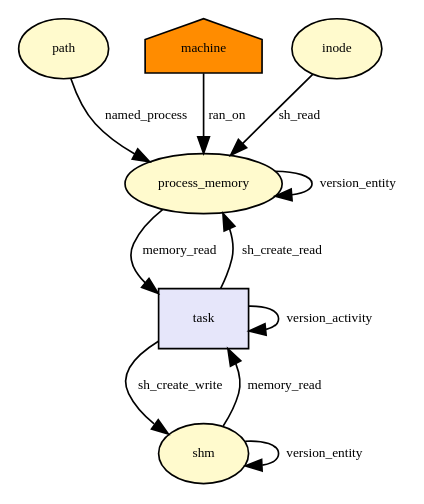
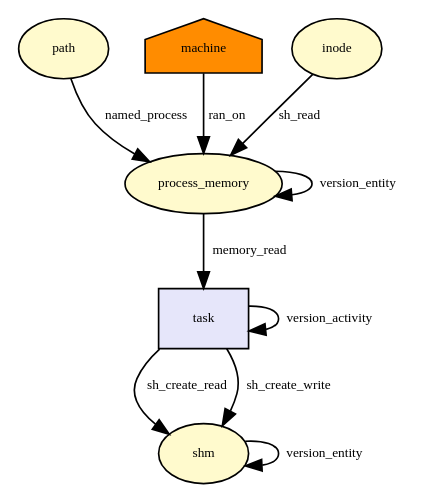
The diagram in tmp/provenance_shm_alloc_security.dot (TinkerBellSystem/graph-matching), drawn with Graphviz before and after one commit. The commit also changed 3 other files, not shown here.

```diff
--- a/tmp/provenance_shm_alloc_security.dot
+++ b/tmp/provenance_shm_alloc_security.dot
@@ -1,33 +1,31 @@
 digraph RGL__DirectedAdjacencyGraph {path[fontsize = 8,label = "path",shape = ellipse, fillcolor="#fffacd", style = filled]
 
 process_memory[fontsize = 8,label = "process_memory",shape = ellipse, fillcolor="#fffacd", style = filled]
 
 path -> process_memory[fontsize = 8,label = "named_process", color="#000000"]
 
 process_memory -> process_memory[fontsize = 8,label = "version_entity", color="#000000"]
 
 machine[fontsize = 8,label = "machine",shape = house, fillcolor="#ff8c00", style = filled]
 
 machine -> process_memory[fontsize = 8,label = "ran_on", color="#000000"]
 
 inode[fontsize = 8,label = "inode",shape = ellipse, fillcolor="#fffacd", style = filled]
 
 inode -> process_memory[fontsize = 8,label = "sh_read", color="#000000"]
 
 task[fontsize = 8,label = "task",shape = rectangle, fillcolor="#e6e6fa", style = filled]
 
 task -> task[fontsize = 8,label = "version_activity", color="#000000"]
 
+process_memory -> task[fontsize = 8,label = "memory_read", color="#000000"]
+
 shm[fontsize = 8,label = "shm",shape = ellipse, fillcolor="#fffacd", style = filled]
 
-shm -> task[fontsize = 8,label = "memory_read", color="#000000"]
+shm -> shm[fontsize = 8,label = "version_entity", color="#000000"]
 
-task -> process_memory[fontsize = 8,label = "sh_create_read", color="#000000"]
-
-process_memory -> task[fontsize = 8,label = "memory_read", color="#000000"]
-
-shm -> shm[fontsize = 8,label = "version_entity", color="#000000"]
+task -> shm[fontsize = 8,label = "sh_create_read", color="#000000"]
 
 task -> shm[fontsize = 8,label = "sh_create_write", color="#000000"]
 
 }
```
